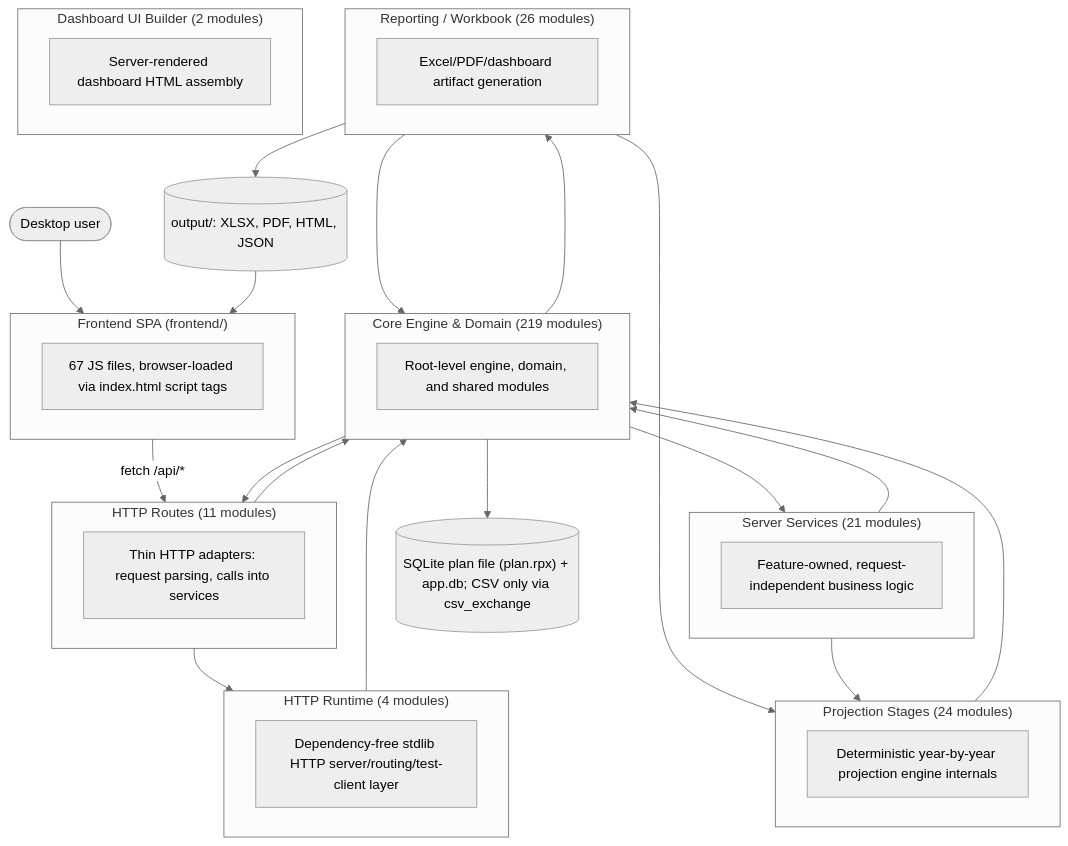
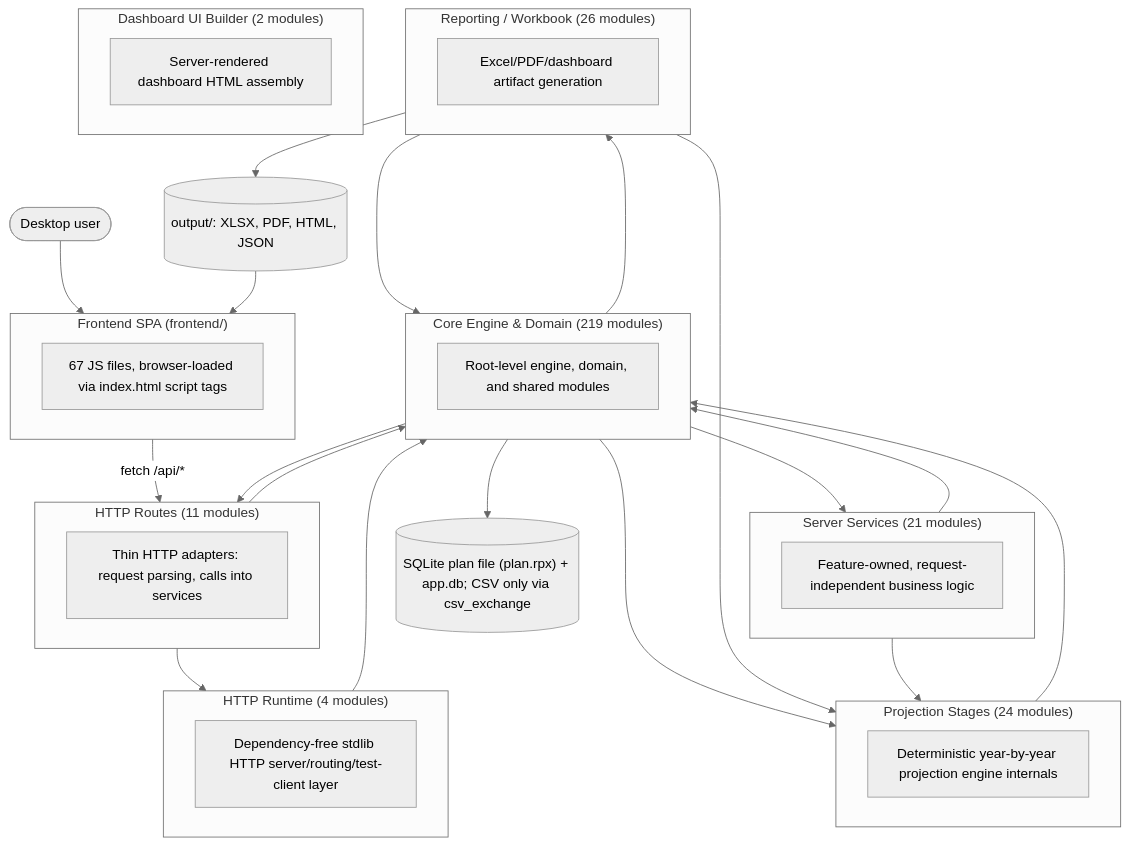
One commit to matthartzman/retirement_system changed the first of 2 diagrams in documentation/reference/SYSTEM_ARCHITECTURE_DIAGRAM.md. Above: the diagram before and after it, drawn with Mermaid (neutral theme). The commit also changed other lines of this file and 18 other files, not shown here.

````diff
--- a/documentation/reference/SYSTEM_ARCHITECTURE_DIAGRAM.md
+++ b/documentation/reference/SYSTEM_ARCHITECTURE_DIAGRAM.md
@@ -11,43 +11,44 @@
 ```mermaid
 flowchart TB
     User(["Desktop user"]) --> FE
     subgraph FE["Frontend SPA (frontend/)"]
         FEcount["67 JS files, browser-loaded via index.html script tags"]
     end
     FE -->|fetch /api/*| L_HTTP_Routes
     subgraph L_HTTP_Routes["HTTP Routes (11 modules)"]
         L_HTTP_Routes_d["Thin HTTP adapters: request parsing, calls into services"]
     end
     subgraph L_Server_Services["Server Services (21 modules)"]
         L_Server_Services_d["Feature-owned, request-independent business logic"]
     end
     subgraph L_HTTP_Runtime["HTTP Runtime (4 modules)"]
         L_HTTP_Runtime_d["Dependency-free stdlib HTTP server/routing/test-client layer"]
     end
     subgraph L_Core_Engine___Domain["Core Engine & Domain (219 modules)"]
         L_Core_Engine___Domain_d["Root-level engine, domain, and shared modules"]
     end
     subgraph L_Projection_Stages["Projection Stages (24 modules)"]
         L_Projection_Stages_d["Deterministic year-by-year projection engine internals"]
     end
     subgraph L_Reporting___Workbook["Reporting / Workbook (26 modules)"]
         L_Reporting___Workbook_d["Excel/PDF/dashboard artifact generation"]
     end
     subgraph L_Dashboard_UI_Builder["Dashboard UI Builder (2 modules)"]
         L_Dashboard_UI_Builder_d["Server-rendered dashboard HTML assembly"]
     end
     L_Core_Engine___Domain --> L_HTTP_Routes
+    L_Core_Engine___Domain --> L_Projection_Stages
     L_Core_Engine___Domain --> L_Reporting___Workbook
     L_Core_Engine___Domain --> L_Server_Services
     L_HTTP_Routes --> L_Core_Engine___Domain
     L_HTTP_Routes --> L_HTTP_Runtime
     L_HTTP_Runtime --> L_Core_Engine___Domain
     L_Projection_Stages --> L_Core_Engine___Domain
     L_Reporting___Workbook --> L_Core_Engine___Domain
     L_Reporting___Workbook --> L_Projection_Stages
     L_Server_Services --> L_Core_Engine___Domain
     L_Server_Services --> L_Projection_Stages
     L_Core_Engine___Domain --> DB[("SQLite plan file (plan.rpx) + app.db; CSV only via csv_exchange")]
     L_Reporting___Workbook --> Outputs[("output/: XLSX, PDF, HTML, JSON")]
     Outputs --> FE
 ```
````
